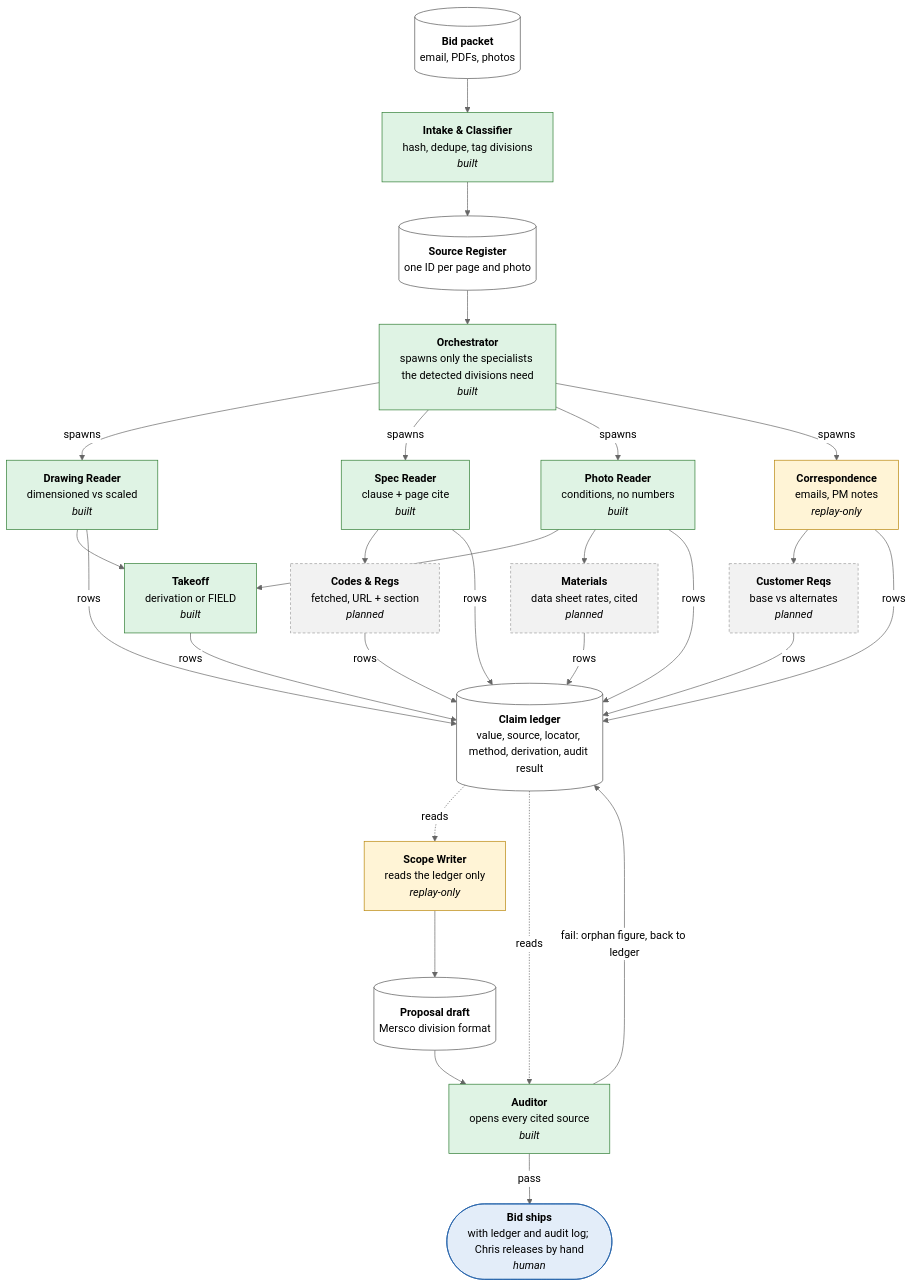
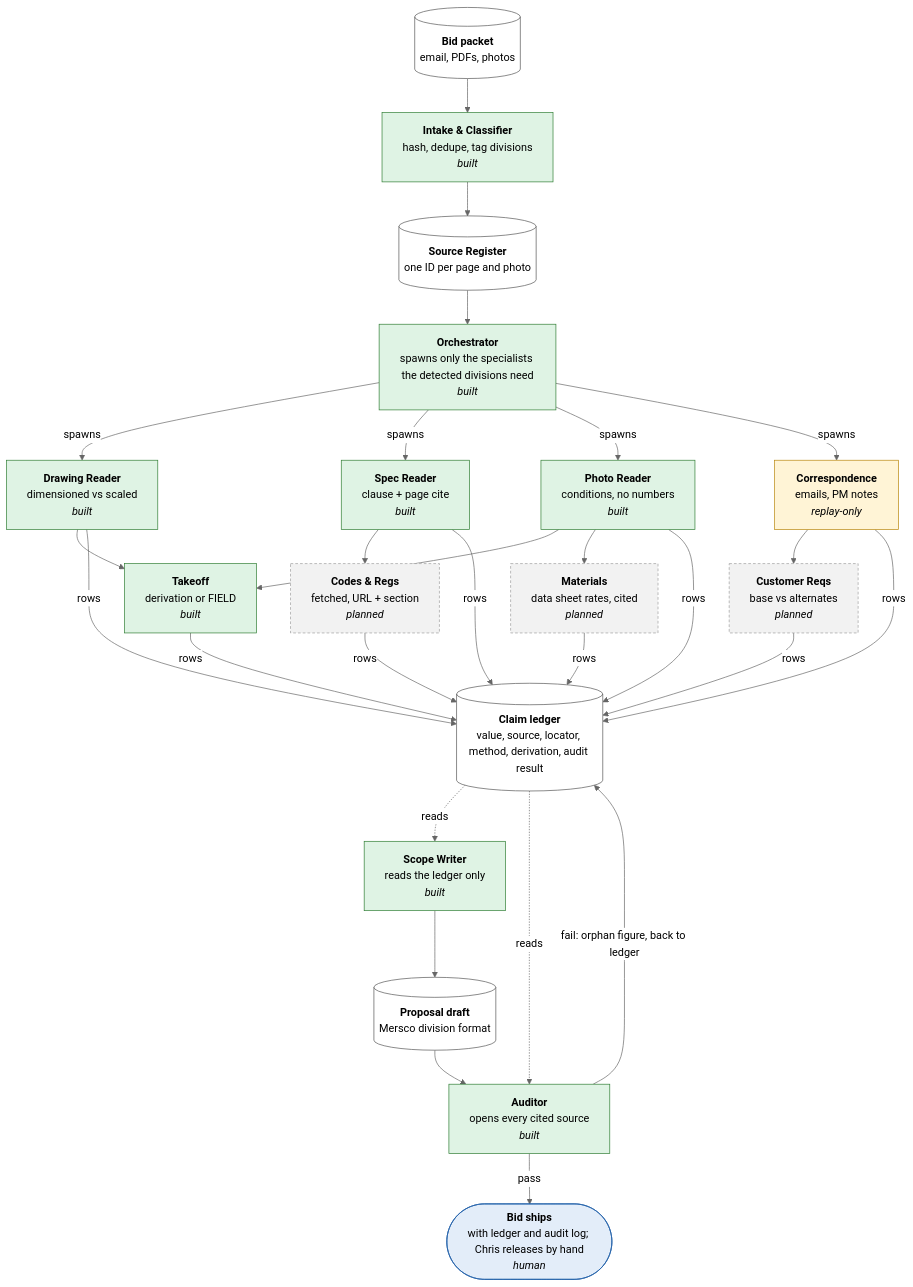
One commit to ScottyN000/ChrisBids changed the diagram in docs/pipeline-dag.md. Above: the diagram before and after it, drawn with Mermaid (neutral theme). The commit also changed other lines of this file and 1 other file, not shown here.

Commit message:
DAG: the Scope Writer is built (live gate passed, run 37817296832)
Claude-Session: https://claude.ai/code/session_018PfaY6A4eZgfeXMf5PfgK5

````diff
--- a/docs/pipeline-dag.md
+++ b/docs/pipeline-dag.md
@@ -9,56 +9,56 @@
 ```mermaid
 flowchart TD
     packet[("<b>Bid packet</b><br/>email, PDFs, photos")]
     intake["<b>Intake & Classifier</b><br/>hash, dedupe, tag divisions<br/><i>built</i>"]
     register[("<b>Source Register</b><br/>one ID per page and photo")]
     orchestrator["<b>Orchestrator</b><br/>spawns only the specialists the detected divisions need<br/><i>built</i>"]
     drawing["<b>Drawing Reader</b><br/>dimensioned vs scaled<br/><i>built</i>"]
     spec["<b>Spec Reader</b><br/>clause + page cite<br/><i>built</i>"]
     photo["<b>Photo Reader</b><br/>conditions, no numbers<br/><i>built</i>"]
     correspondence["<b>Correspondence</b><br/>emails, PM notes<br/><i>replay-only</i>"]
     takeoff["<b>Takeoff</b><br/>derivation or FIELD<br/><i>built</i>"]
     codes["<b>Codes & Regs</b><br/>fetched, URL + section<br/><i>planned</i>"]
     materials["<b>Materials</b><br/>data sheet rates, cited<br/><i>planned</i>"]
     customer["<b>Customer Reqs</b><br/>base vs alternates<br/><i>planned</i>"]
     ledger[("<b>Claim ledger</b><br/>value, source, locator, method, derivation, audit result")]
-    scope_writer["<b>Scope Writer</b><br/>reads the ledger only<br/><i>replay-only</i>"]
+    scope_writer["<b>Scope Writer</b><br/>reads the ledger only<br/><i>built</i>"]
     draft[("<b>Proposal draft</b><br/>Mersco division format")]
     auditor["<b>Auditor</b><br/>opens every cited source<br/><i>built</i>"]
     ships(["<b>Bid ships</b><br/>with ledger and audit log; Chris releases by hand<br/><i>human</i>"])
     packet --> intake
     intake --> register
     register --> orchestrator
     orchestrator -->|spawns| drawing
     orchestrator -->|spawns| spec
     orchestrator -->|spawns| photo
     orchestrator -->|spawns| correspondence
     drawing --> takeoff
     photo --> takeoff
     spec --> codes
     photo --> materials
     correspondence --> customer
     drawing -->|rows| ledger
     spec -->|rows| ledger
     photo -->|rows| ledger
     correspondence -->|rows| ledger
     takeoff -->|rows| ledger
     codes -->|rows| ledger
     materials -->|rows| ledger
     customer -->|rows| ledger
     ledger -.->|reads| scope_writer
     scope_writer --> draft
     draft --> auditor
     ledger -.->|reads| auditor
     auditor -->|fail: orphan figure, back to ledger| ledger
     auditor -->|pass| ships
     classDef built fill:#dff3e4,stroke:#2e7d32
     classDef replay fill:#fff4d6,stroke:#b8860b
     classDef planned fill:#f2f2f2,stroke:#9e9e9e,stroke-dasharray: 4 3
     classDef human fill:#e3edf9,stroke:#1f5fa8
     classDef data fill:#ffffff,stroke:#555
-    class intake,orchestrator,drawing,spec,photo,takeoff,auditor built
-    class correspondence,scope_writer replay
+    class intake,orchestrator,drawing,spec,photo,takeoff,scope_writer,auditor built
+    class correspondence replay
     class codes,materials,customer planned
     class ships human
     class packet,register,ledger,draft data
 ```
````
